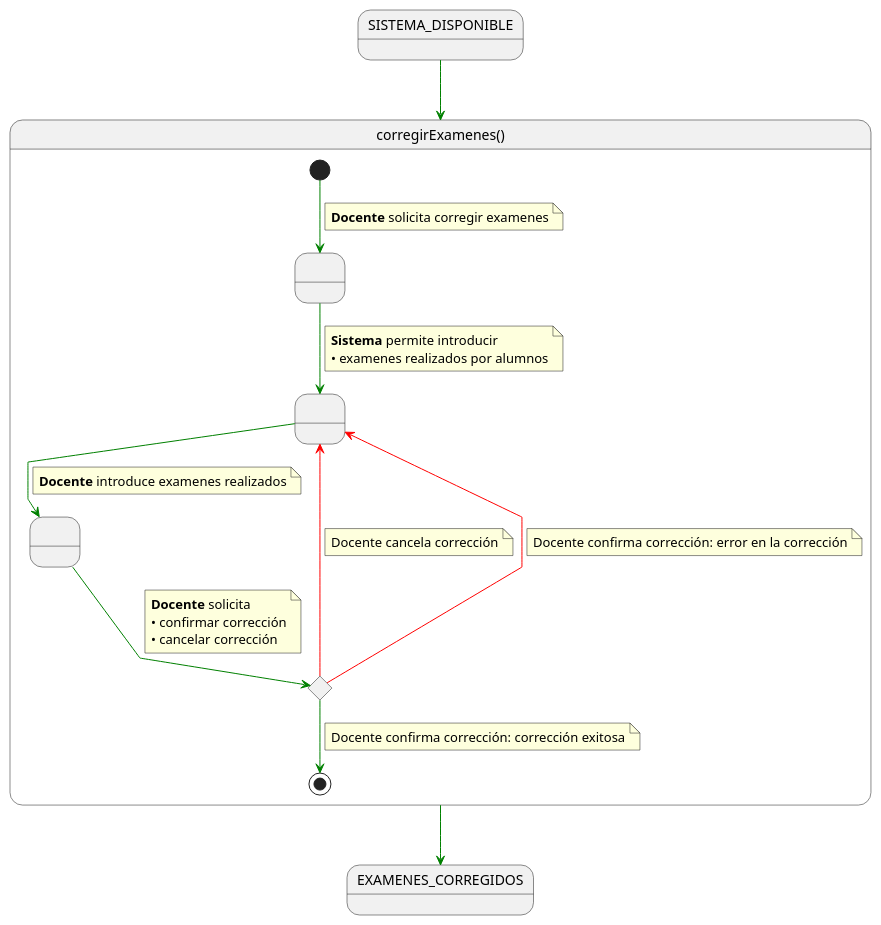
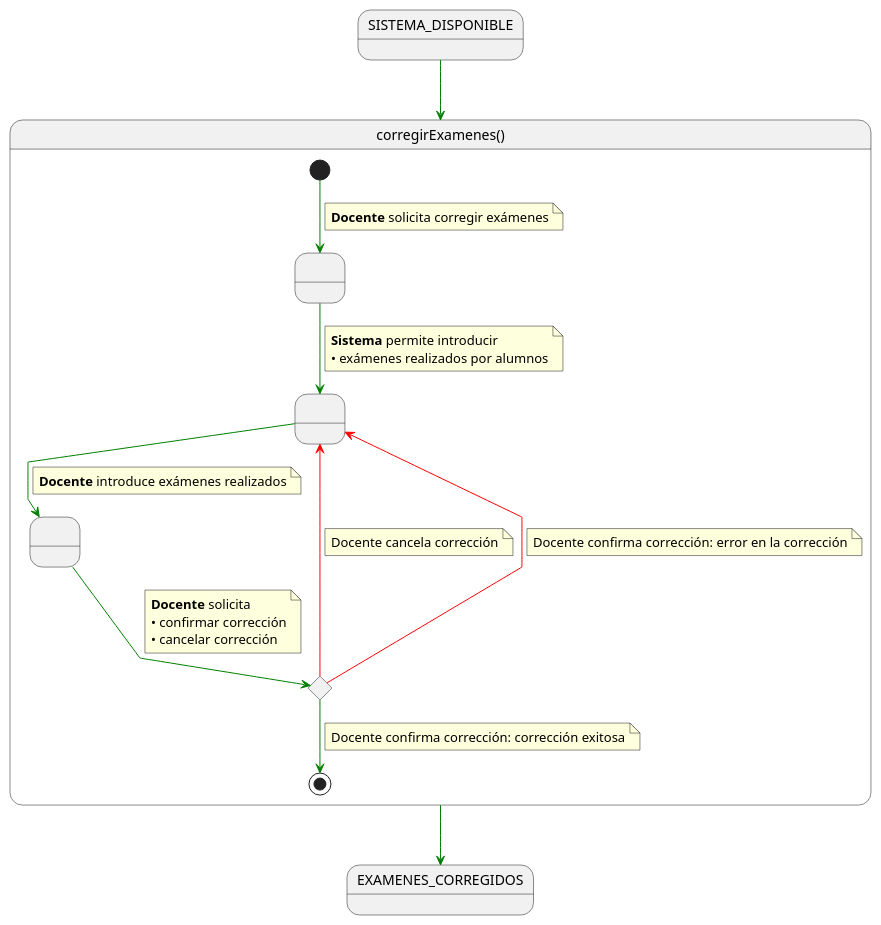
One commit to martinlopez7/25-26-IdSw1-SdR changed the diagram in documents/casos-de-uso/detalladoCasosDeUso/corregirExamenes/corregirExamenes.puml. Above: the diagram before and after it, drawn with PlantUML. The commit also changed 26 other files, not shown here.

```diff
--- a/documents/casos-de-uso/detalladoCasosDeUso/corregirExamenes/corregirExamenes.puml
+++ b/documents/casos-de-uso/detalladoCasosDeUso/corregirExamenes/corregirExamenes.puml
@@ -1,55 +1,55 @@
 @startuml generar
 
 skinparam linetype polyline
 
 state corregirExamenes as "corregirExamenes()" {
 
     state " " as RequiringCorrection
     state " " as ProvidingDoneExams
     state " " as ProvidingConfirmation
     state c <<choice>>
 
     [*] -[#green]-> RequiringCorrection
     note on link
-    <b>Docente</b> solicita corregir examenes
+    <b>Docente</b> solicita corregir exámenes
     end note    
     
     RequiringCorrection -[#green]-> ProvidingDoneExams
     note on link
     <b>Sistema</b> permite introducir
-    • examenes realizados por alumnos
+    • exámenes realizados por alumnos
     end note
     
     ProvidingDoneExams -[#green]-> ProvidingConfirmation
     note on link
-    <b>Docente</b> introduce examenes realizados
+    <b>Docente</b> introduce exámenes realizados
     end note
     
     ProvidingConfirmation -[#green]-> c
     note on link
     <b>Docente</b> solicita
     • confirmar corrección
     • cancelar corrección
     end note
     
     c -[#red]-> ProvidingDoneExams
     note on link
     Docente cancela corrección
     end note
 
     c -[#red]-> ProvidingDoneExams
     note on link
     Docente confirma corrección: error en la corrección
     end note
 
     c -[#green]-> [*]
     note on link
     Docente confirma corrección: corrección exitosa
     end note
 }
 
 SISTEMA_DISPONIBLE -[#green]-> corregirExamenes
 
 corregirExamenes -[#green]-> EXAMENES_CORREGIDOS
 
 @enduml
```
